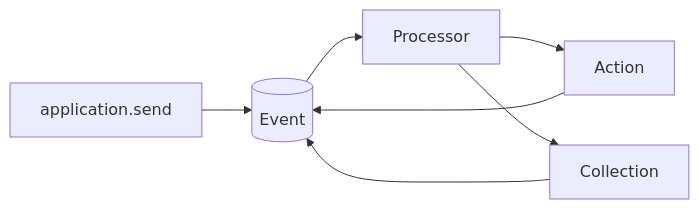
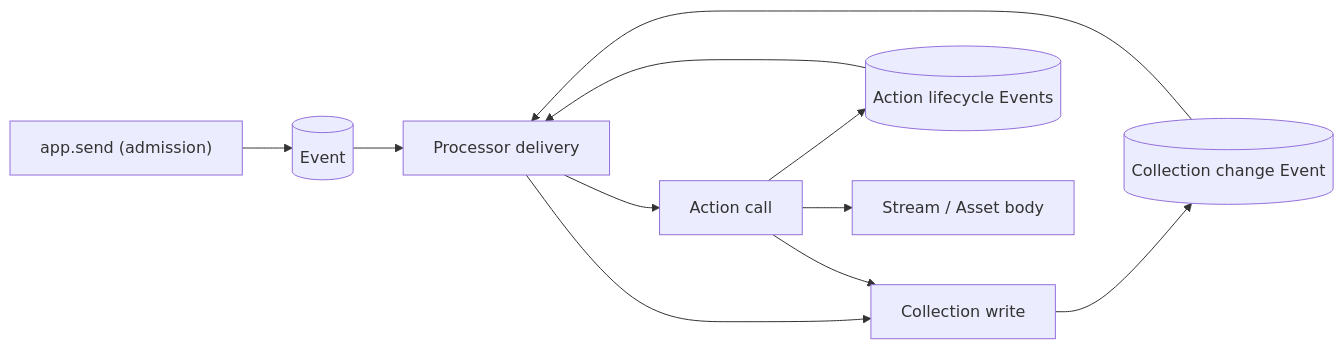
Before and after one commit to copilotzhq/copilotz: the diagram in docs/architecture.md, drawn with Mermaid. The commit also changed other lines of this file, not shown here.

Commit message:
docs: clarify admission settlement and observation architecture

````diff
--- a/docs/architecture.md
+++ b/docs/architecture.md
@@ -7,9 +41,13 @@
 ```mermaid
 flowchart LR
-  app["application.send"] --> event[("Event")]
-  event --> processor["Processor"]
-  processor --> action["Action"]
-  processor --> collection["Collection"]
-  action --> event
-  collection --> event
+  send["app.send (admission)"] --> event[("Event")]
+  event --> delivery["Processor delivery"]
+  delivery --> action["Action call"]
+  delivery --> collection["Collection write"]
+  action --> collection
+  action --> lifecycle[("Action lifecycle Events")]
+  collection --> change[("Collection change Event")]
+  action --> stream["Stream / Asset body"]
+  lifecycle --> delivery
+  change --> delivery
 ```
````
